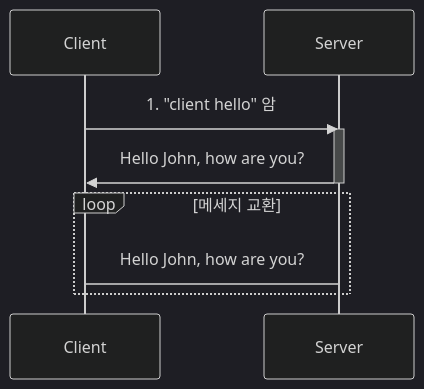
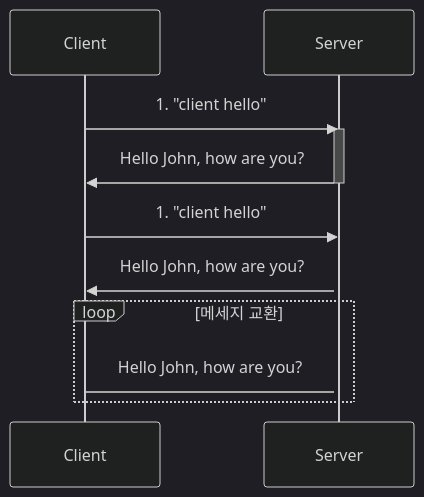
The diagram in _posts/develop/etc/2019-02-12-TLS.md (1sonjm/1sonjm.github.io), drawn with Mermaid (dark theme) before and after one commit. The commit also changed other lines of this file, not shown here.

Commit message:
_posts/develop/etc/2019-02-12-TLS.md updated from https://stackedit.io/

````diff
--- a/_posts/develop/etc/2019-02-12-TLS.md
+++ b/_posts/develop/etc/2019-02-12-TLS.md
@@ -12,10 +12,13 @@
 ```mermaid
 sequenceDiagram
-    Client->>Server: 1. "client hello" 암
+    Client->>Server: 1. "client hello"
     activate Server
     Server->>Client: Hello John, how are you?
     deactivate Server
+    Client->>Server: 1. "client hello"
+    activate Server
+    Server->>Client: Hello John, how are you?
     loop 메세지 교환
     Server->Client: Hello John, how are you?
     end
 ```
````
